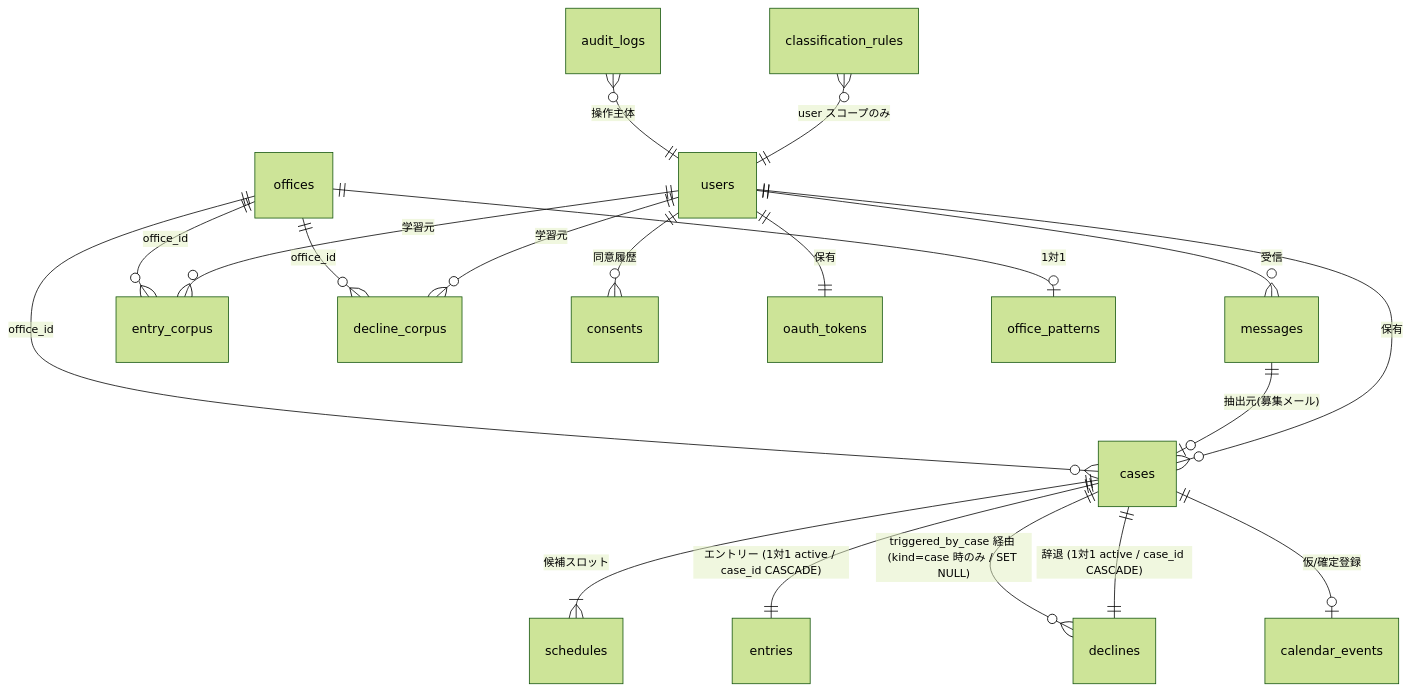
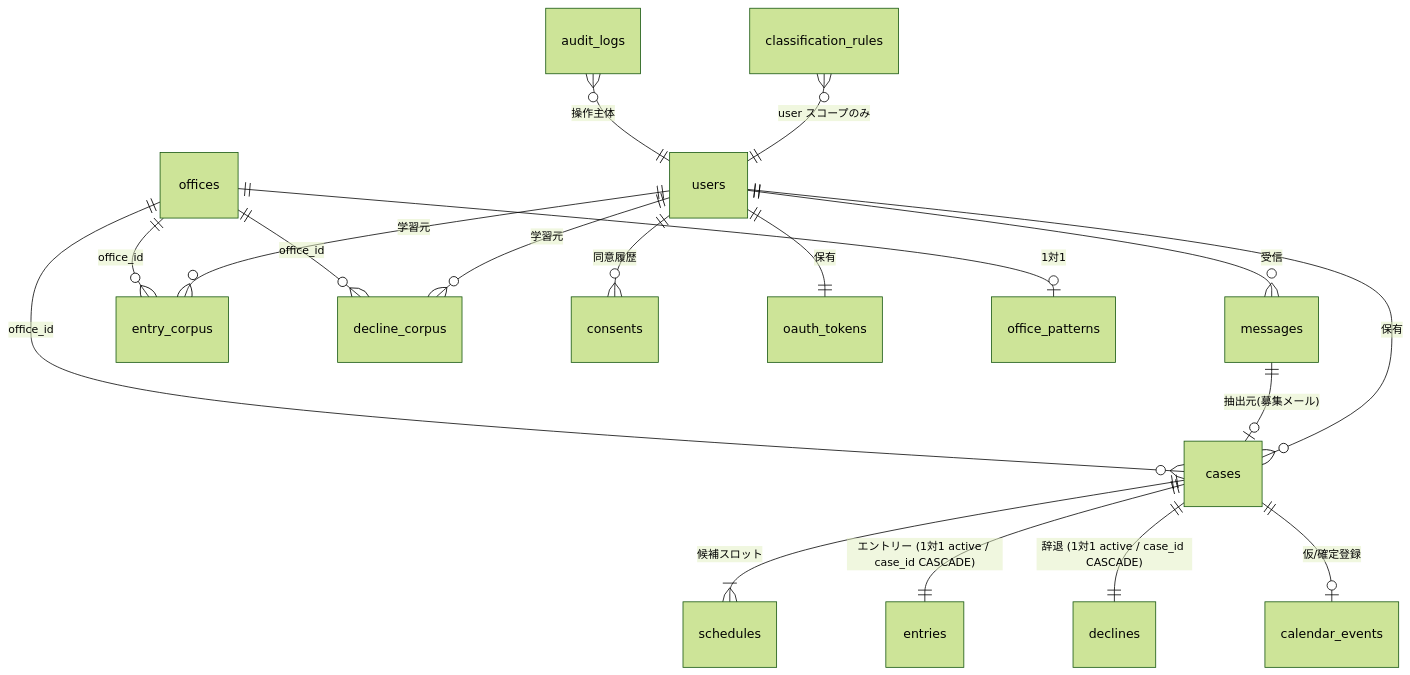
One commit to Nudel-LLC/auto-mc-operation changed the fourth of 4 diagrams in aidlc-docs/inception/application-design/application-design.md. Above: the diagram before and after it, drawn with Mermaid (forest theme). The commit also changed 2 other files, not shown here.

Commit message:
docs: ユーザー追加質問 2 件 (PR #3 L177/L468) に対応
- L177 (Q5): office_patterns.success_count の用途を「観測・統計用」に
  変更、Few-shot 採用判定は pattern_data の存在チェックのみに修正
  (success_count >= N 閾値では 0 件の事務所が永遠に Few-shot 不採用 →
   success_count 増えず → デッドロック、というご指摘を受けて)
- L468 (Q6): ER 図から「cases ||--o{ declines : triggered_by_case 経由」
  行を削除(case_id 関係は別行で表現済、triggered_by_case は §11 declines
  カラム説明で言及済のため情報損失なし)

````diff
--- a/aidlc-docs/inception/application-design/application-design.md
+++ b/aidlc-docs/inception/application-design/application-design.md
@@ -298,25 +298,24 @@
 ```mermaid
 erDiagram
     users ||--o{ messages : "受信"
     users ||--o{ cases : "保有"
     users ||--o{ entry_corpus : "学習元"
     users ||--o{ decline_corpus : "学習元"
     users ||--o{ consents : "同意履歴"
     users ||--|| oauth_tokens : "保有"
 
     cases ||--|{ schedules : "候補スロット"
     cases ||--|| entries : "エントリー (1対1 active / case_id CASCADE)"
     cases ||--|| declines : "辞退 (1対1 active / case_id CASCADE)"
-    cases ||--o{ declines : "triggered_by_case 経由 (kind=case 時のみ / SET NULL)"
     cases ||--o| calendar_events : "仮/確定登録"
 
     messages ||--o| cases : "抽出元(募集メール)"
 
     classification_rules }o--|| users : "user スコープのみ"
     offices ||--o| office_patterns : "1対1"
     offices ||--o{ cases : "office_id"
     offices ||--o{ entry_corpus : "office_id"
     offices ||--o{ decline_corpus : "office_id"
 
     audit_logs }o--|| users : "操作主体"
 ```
````
